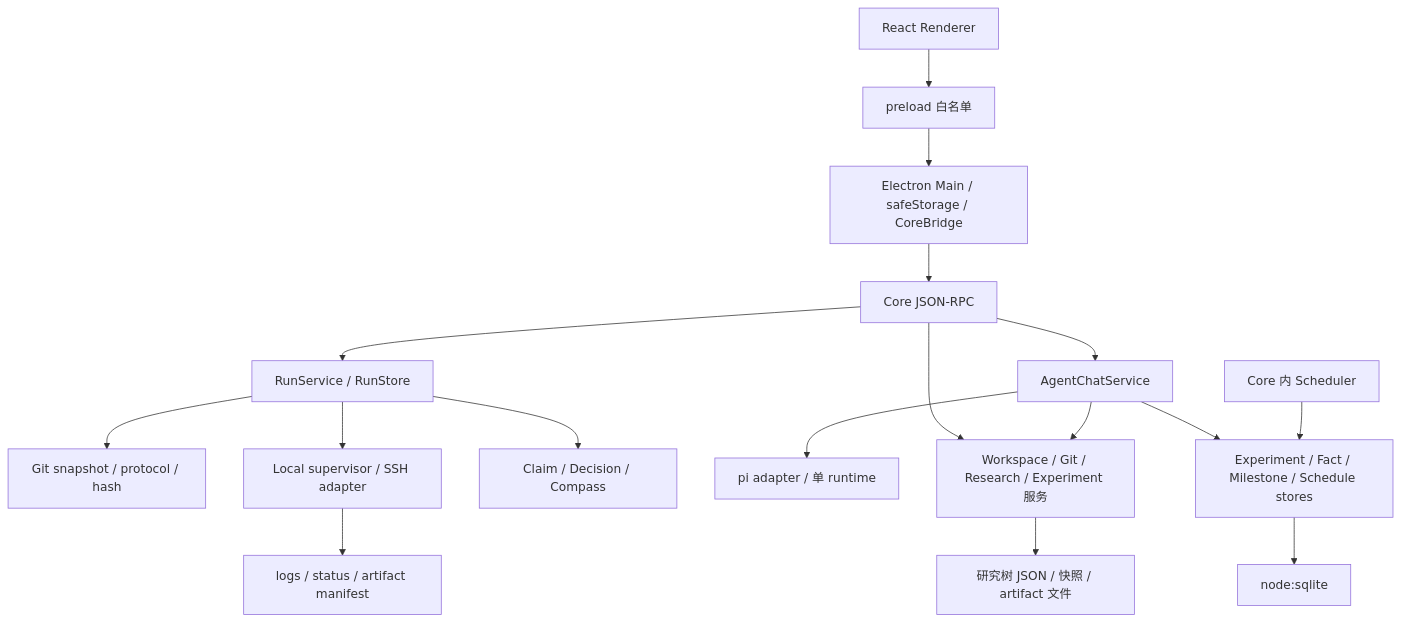
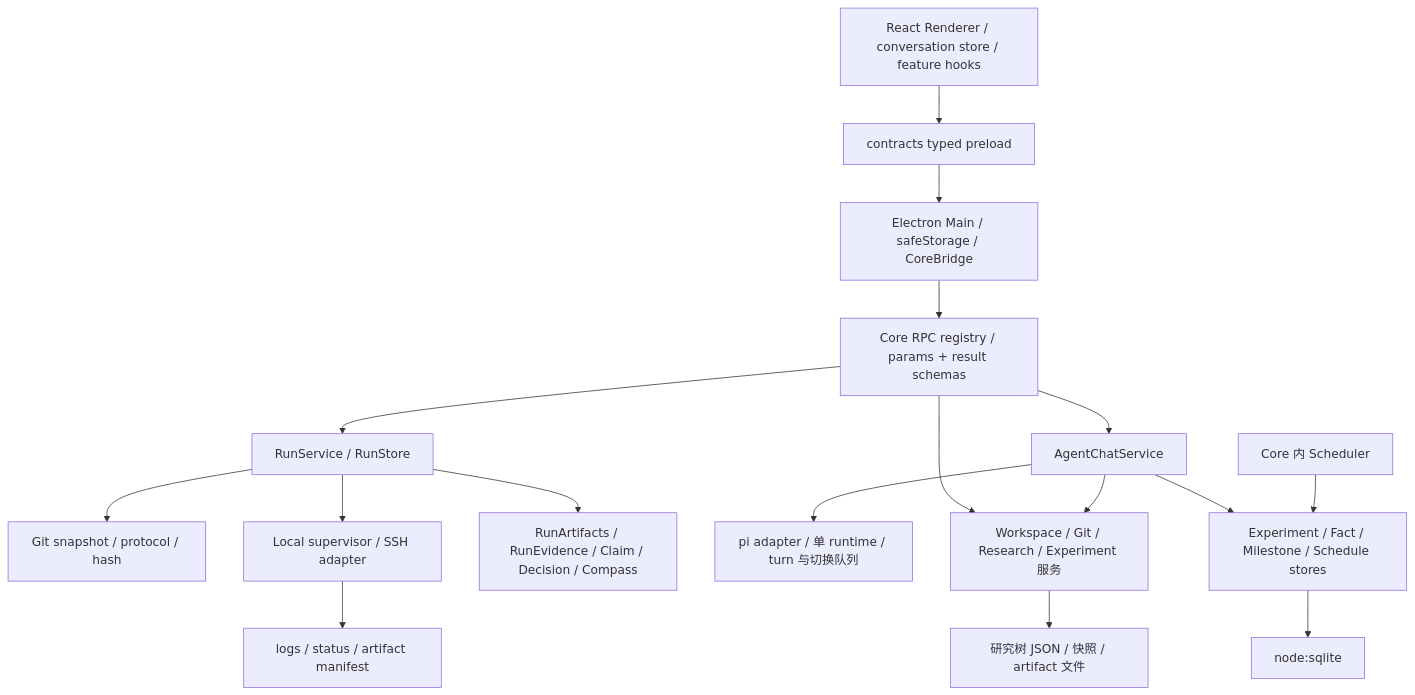
The diagram in docs/project/architecture.md (ha5ha/research-workbench), drawn with Mermaid before and after one commit. The commit also changed other lines of this file and 20 other files, not shown here.

````diff
--- a/docs/project/architecture.md
+++ b/docs/project/architecture.md
@@ -7,19 +7,19 @@
 ```mermaid
 flowchart TD
-  UI[React Renderer] --> Preload[preload 白名单]
+  UI[React Renderer / conversation store / feature hooks] --> Preload[contracts typed preload]
   Preload --> Main[Electron Main / safeStorage / CoreBridge]
-  Main --> RPC[Core JSON-RPC]
+  Main --> RPC[Core RPC registry / params + result schemas]
   RPC --> Runs[RunService / RunStore]
   Runs --> Snapshot[Git snapshot / protocol / hash]
   Runs --> Job[Local supervisor / SSH adapter]
   Job --> Manifest[logs / status / artifact manifest]
-  Runs --> Evidence[Claim / Decision / Compass]
+  Runs --> Evidence[RunArtifacts / RunEvidence / Claim / Decision / Compass]
   RPC --> Chat[AgentChatService]
-  Chat --> Pi[pi adapter / 单 runtime]
+  Chat --> Pi[pi adapter / 单 runtime / turn 与切换队列]
   RPC --> Services[Workspace / Git / Research / Experiment 服务]
   Chat --> Services
   Services --> Files[研究树 JSON / 快照 / artifact 文件]
   Chat --> Stores[Experiment / Fact / Milestone / Schedule stores]
   Stores --> DB[node:sqlite]
   Tick[Core 内 Scheduler] --> Stores
 ```
````
